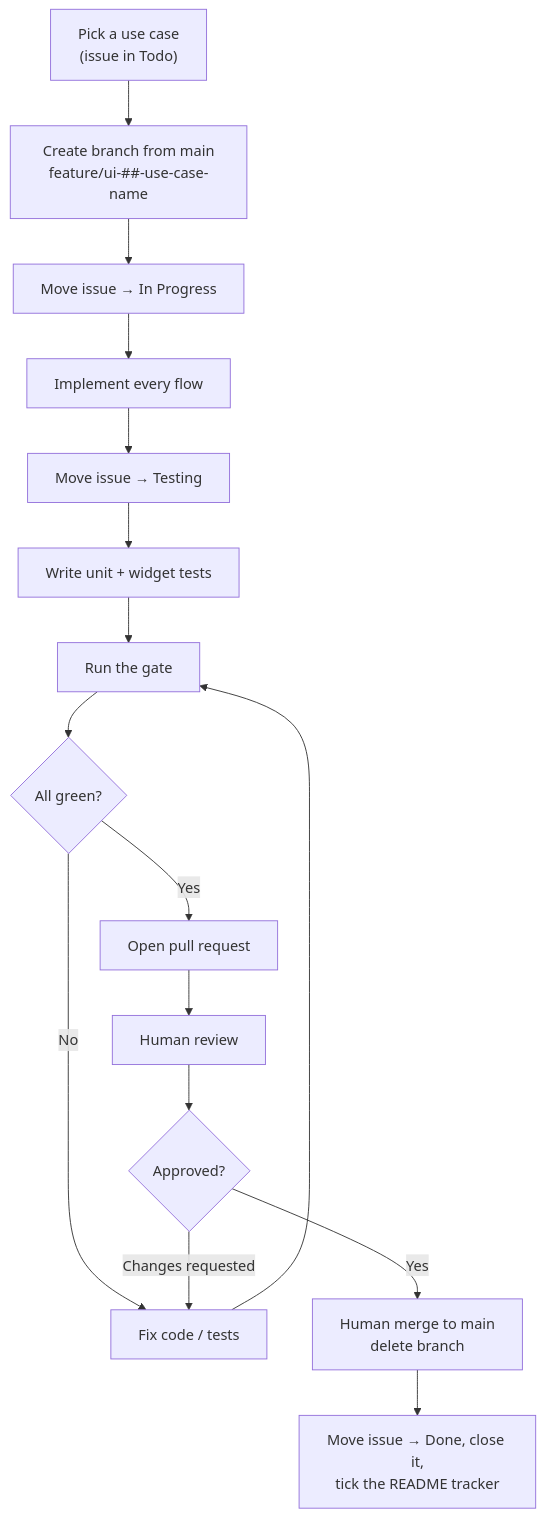
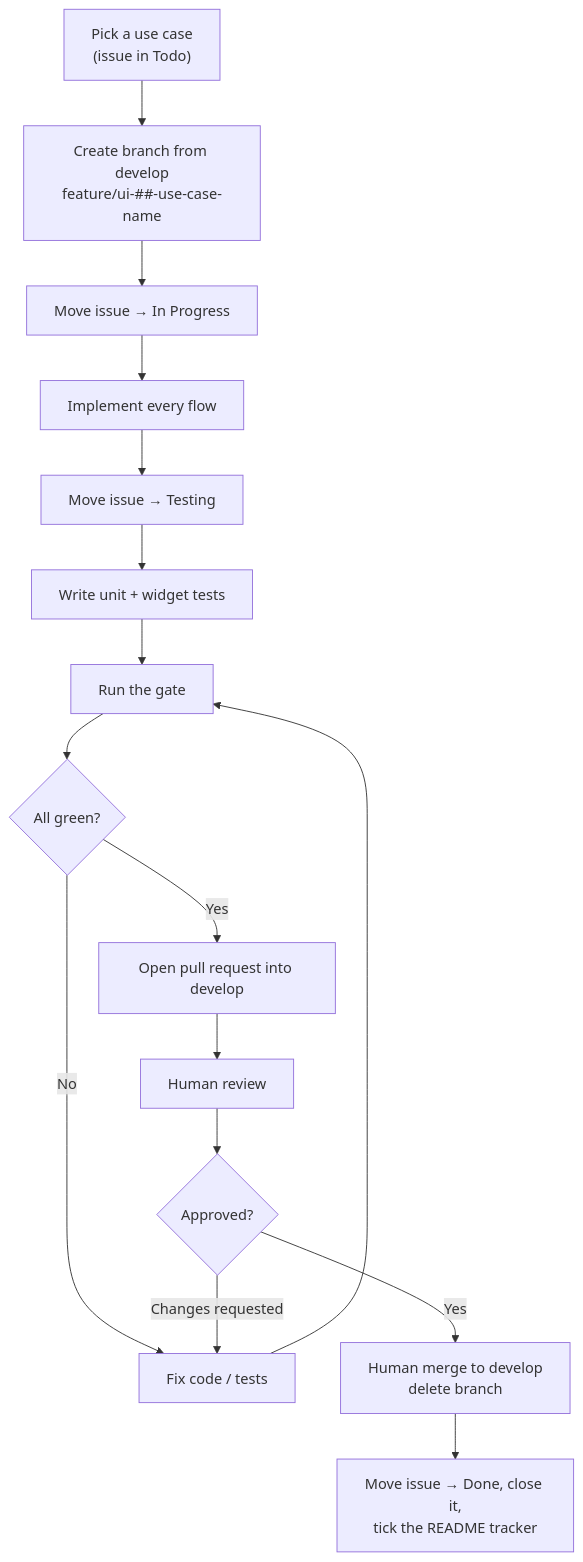
Before and after one commit to artur-rios/heimdall-ui: the diagram in docs/requirements/Development Workflow Document.md, drawn with Mermaid. The commit also changed other lines of this file, not shown here.

First line of the commit message:
docs: branch use cases from develop

````diff
--- a/docs/requirements/Development Workflow Document.md
+++ b/docs/requirements/Development Workflow Document.md
@@ -25,18 +25,18 @@
 ```mermaid
 flowchart TD
-    A["Pick a use case<br/>(issue in Todo)"] --> B["Create branch from main<br/>feature/ui-##-use-case-name"]
+    A["Pick a use case<br/>(issue in Todo)"] --> B["Create branch from develop<br/>feature/ui-##-use-case-name"]
     B --> C["Move issue → In Progress"]
     C --> D["Implement every flow"]
     D --> E["Move issue → Testing"]
     E --> F["Write unit + widget tests"]
     F --> G["Run the gate"]
     G --> H{All green?}
     H -->|No| I["Fix code / tests"]
     I --> G
-    H -->|Yes| J["Open pull request"]
+    H -->|Yes| J["Open pull request into develop"]
     J --> K["Human review"]
     K --> L{Approved?}
     L -->|Changes requested| I
-    L -->|Yes| M["Human merge to main<br/>delete branch"]
+    L -->|Yes| M["Human merge to develop<br/>delete branch"]
     M --> N["Move issue → Done, close it,<br/>tick the README tracker"]
 ```
````
